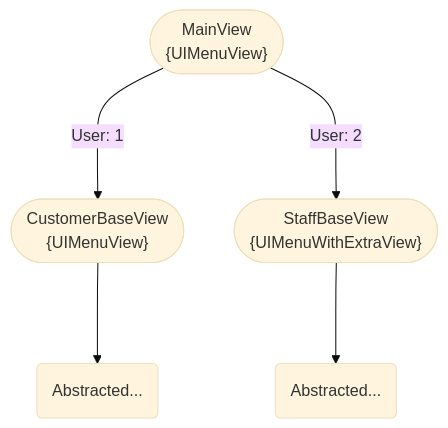
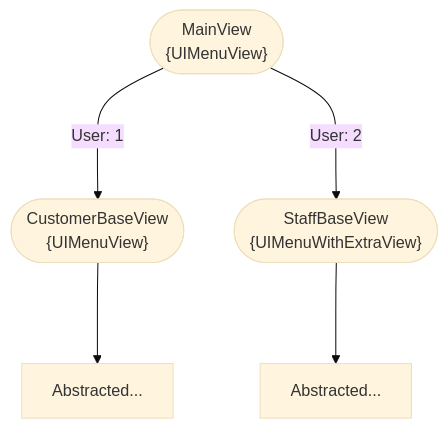
The first of 3 diagrams in docs/flow/README.md (scott-cjx/FOMS-2002-V2), drawn with Mermaid (base theme) before and after one commit. The commit also changed other lines of this file, not shown here.

````diff
--- a/docs/flow/README.md
+++ b/docs/flow/README.md
@@ -16,13 +16,13 @@
 ``` mermaid
 flowchart TD
 
 MainView(["MainView \n{UIMenuView}"])
 
 CustomerBaseView(["CustomerBaseView \n{UIMenuView}"])
 
 StaffBaseView(["StaffBaseView \n{UIMenuWithExtraView}"])
 
-MainView ---> | User: 1 | CustomerBaseView ---> s1(Abstracted...)
-MainView ---> | User: 2 | StaffBaseView ---> s2(Abstracted...)
+MainView ---> | User: 1 | CustomerBaseView ---> s1[Abstracted...]
+MainView ---> | User: 2 | StaffBaseView ---> s2[Abstracted...]
 
 ```
````
